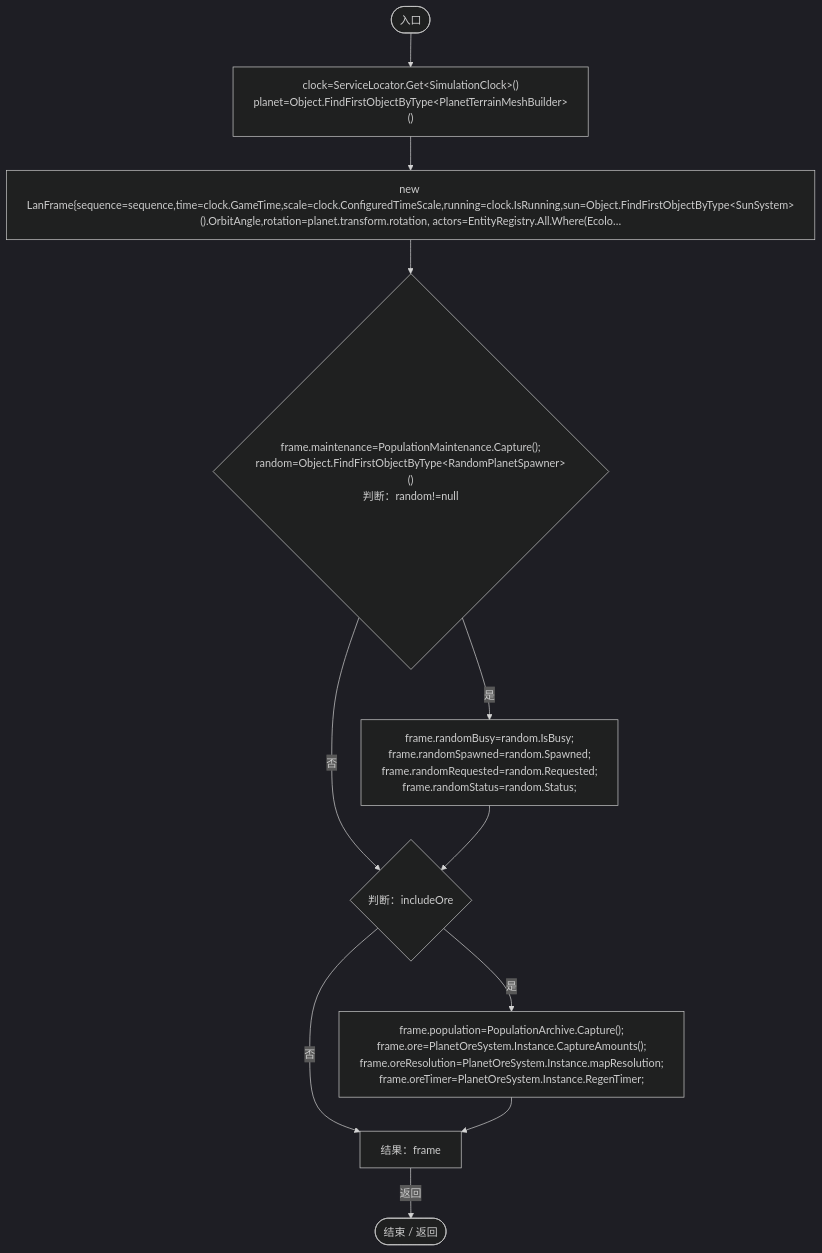
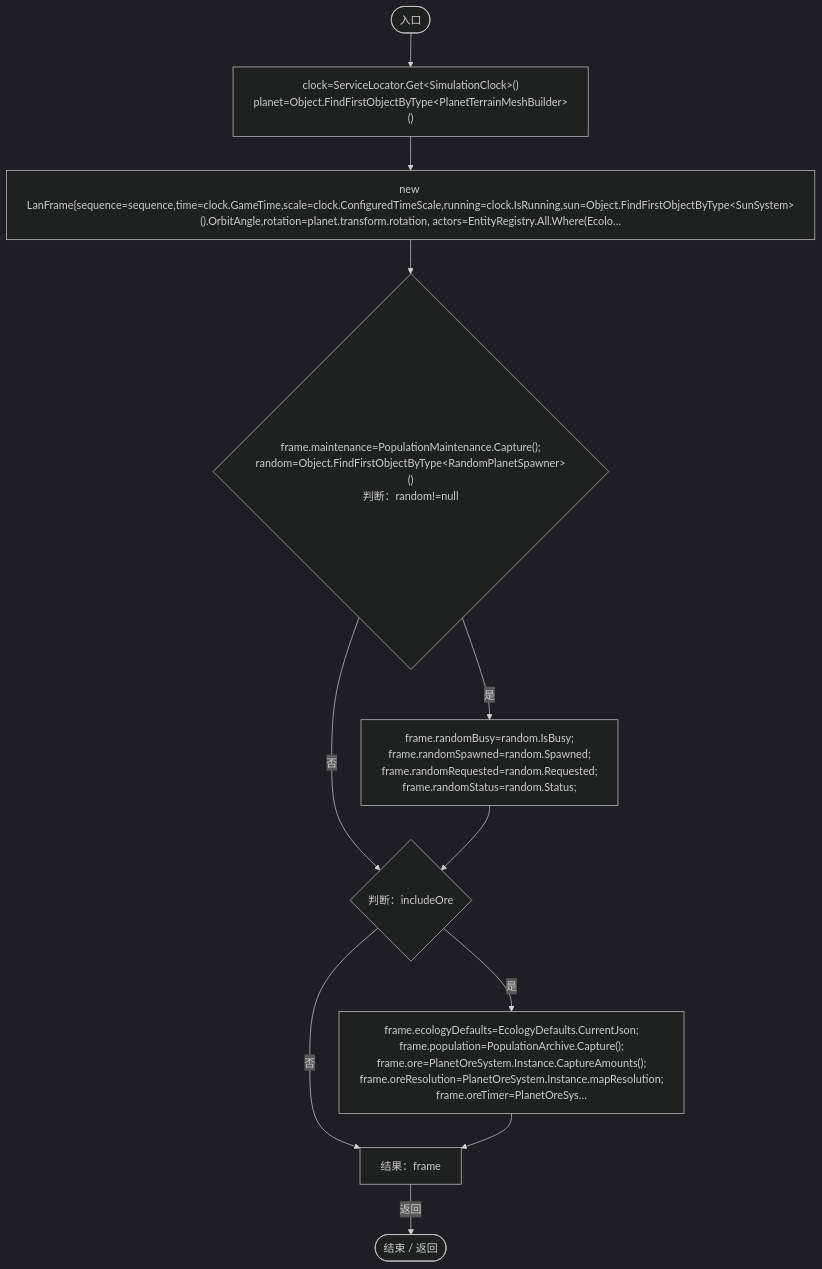
The sixth of 8 diagrams in Docs/运行流程图/脚本/02a722701106da02.md (xhs6666/Darwin_paradise), drawn with Mermaid (dark theme) before and after one commit. The commit also changed other lines of this file and 101 other files, not shown here.

````diff
--- a/Docs/运行流程图/脚本/02a722701106da02.md
+++ b/Docs/运行流程图/脚本/02a722701106da02.md
@@ -169,23 +169,23 @@
 ```mermaid
 flowchart TD
   b0(["入口"])
   b1["clock=ServiceLocator.Get&lt;SimulationClock&gt;()<br/>planet=Object.FindFirstObjectByType&lt;PlanetTerrainMeshBuilder&gt;()"]
   b2["new LanFrame{sequence=sequence,time=clock.GameTime,scale=clock.ConfiguredTimeScale,running=clock.IsRunning,sun=Object.FindFirstObjectByType&lt;SunSystem&gt;().OrbitAngle,rotation=planet.transform.rotation, actors=EntityRegistry.All.Where(Ecolo…"]
   b3{"frame.maintenance=PopulationMaintenance.Capture();<br/>random=Object.FindFirstObjectByType&lt;RandomPlanetSpawner&gt;()<br/>判断：random!=null"}
   b4["frame.randomBusy=random.IsBusy;<br/>frame.randomSpawned=random.Spawned;<br/>frame.randomRequested=random.Requested;<br/>frame.randomStatus=random.Status;"]
   b5{"判断：includeOre"}
-  b6["frame.population=PopulationArchive.Capture();<br/>frame.ore=PlanetOreSystem.Instance.CaptureAmounts();<br/>frame.oreResolution=PlanetOreSystem.Instance.mapResolution;<br/>frame.oreTimer=PlanetOreSystem.Instance.RegenTimer;"]
+  b6["frame.ecologyDefaults=EcologyDefaults.CurrentJson;<br/>frame.population=PopulationArchive.Capture();<br/>frame.ore=PlanetOreSystem.Instance.CaptureAmounts();<br/>frame.oreResolution=PlanetOreSystem.Instance.mapResolution;<br/>frame.oreTimer=PlanetOreSys…"]
   b7["结果：frame"]
   b8(["结束 / 返回"])
   b0 --> b1
   b1 --> b2
   b2 --> b3
   b3 -->|"是"| b4
   b3 -->|"否"| b5
   b4 --> b5
   b5 -->|"是"| b6
   b5 -->|"否"| b7
   b6 --> b7
   b7 -->|"返回"| b8
 
 ```
````
